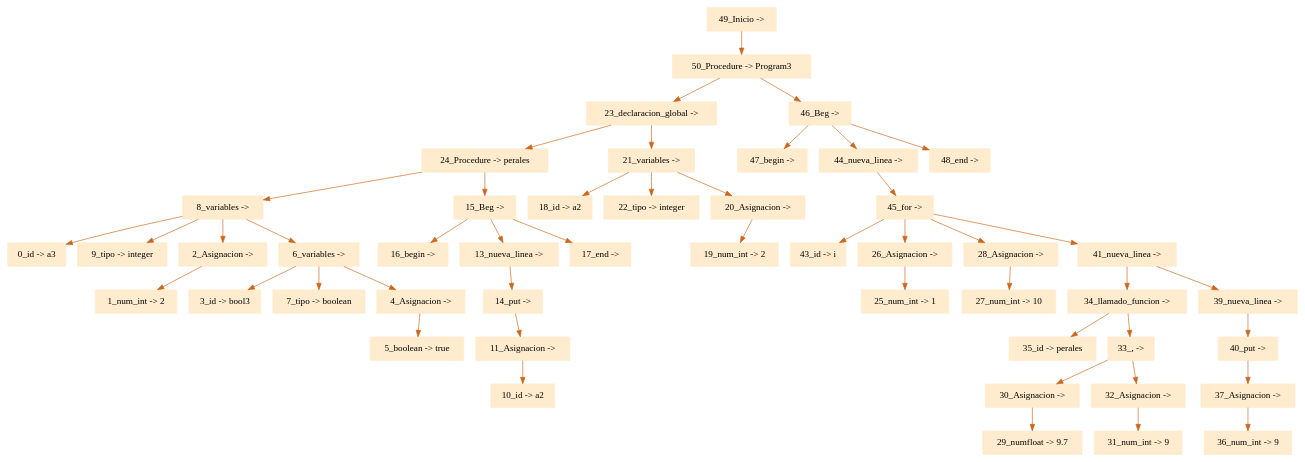
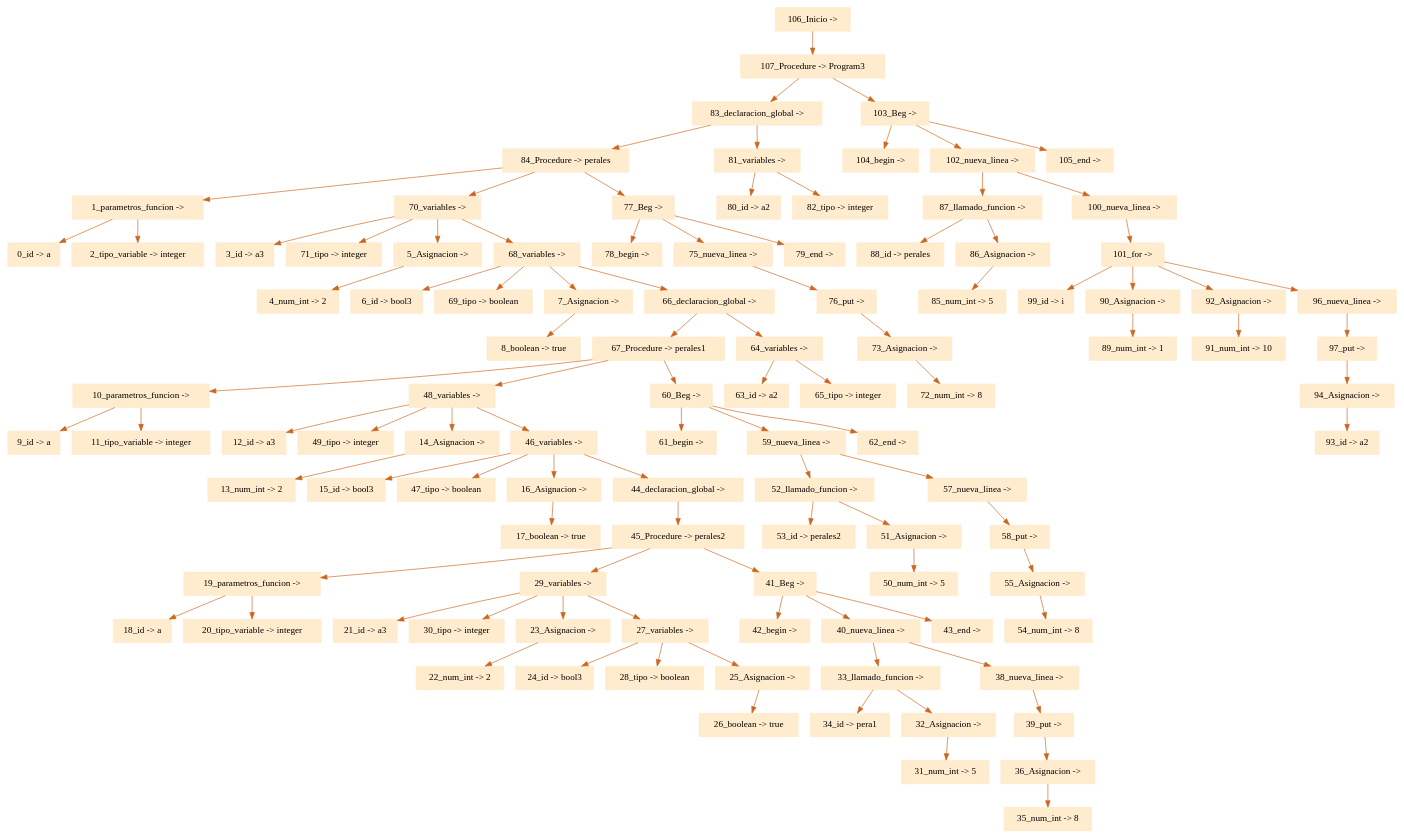
The diagram in ProyectoCompiladores/arbol.dot (eliasgz97/Proyecto_Compiladores), drawn with Graphviz before and after one commit. The commit also changed 8 other files, not shown here.

```diff
--- a/ProyectoCompiladores/arbol.dot
+++ b/ProyectoCompiladores/arbol.dot
@@ -1,52 +1,107 @@
 digraph G {node[shape=box, style=filled, color=blanchedalmond]; edge[color=chocolate3];rankdir=UD 
 
-"49_Inicio -> "->"50_Procedure -> Program3"
-"50_Procedure -> Program3"->"23_declaracion_global -> "
-"23_declaracion_global -> "->"24_Procedure -> perales"
-"24_Procedure -> perales"->"8_variables -> "
-"8_variables -> "->"0_id -> a3"
-"8_variables -> "->"9_tipo -> integer"
-"8_variables -> "->"2_Asignacion -> "
-"2_Asignacion -> "->"1_num_int -> 2"
-"8_variables -> "->"6_variables -> "
-"6_variables -> "->"3_id -> bool3"
-"6_variables -> "->"7_tipo -> boolean"
-"6_variables -> "->"4_Asignacion -> "
-"4_Asignacion -> "->"5_boolean -> true"
-"24_Procedure -> perales"->"15_Beg -> "
-"15_Beg -> "->"16_begin -> "
-"15_Beg -> "->"13_nueva_linea -> "
-"13_nueva_linea -> "->"14_put -> "
-"14_put -> "->"11_Asignacion -> "
-"11_Asignacion -> "->"10_id -> a2"
-"15_Beg -> "->"17_end -> "
-"23_declaracion_global -> "->"21_variables -> "
-"21_variables -> "->"18_id -> a2"
-"21_variables -> "->"22_tipo -> integer"
-"21_variables -> "->"20_Asignacion -> "
-"20_Asignacion -> "->"19_num_int -> 2"
-"50_Procedure -> Program3"->"46_Beg -> "
-"46_Beg -> "->"47_begin -> "
-"46_Beg -> "->"44_nueva_linea -> "
-"44_nueva_linea -> "->"45_for -> "
-"45_for -> "->"43_id -> i"
-"45_for -> "->"26_Asignacion -> "
-"26_Asignacion -> "->"25_num_int -> 1"
-"45_for -> "->"28_Asignacion -> "
-"28_Asignacion -> "->"27_num_int -> 10"
-"45_for -> "->"41_nueva_linea -> "
-"41_nueva_linea -> "->"34_llamado_funcion -> "
-"34_llamado_funcion -> "->"35_id -> perales"
-"34_llamado_funcion -> "->"33_, -> "
-"33_, -> "->"30_Asignacion -> "
-"30_Asignacion -> "->"29_numfloat -> 9.7"
-"33_, -> "->"32_Asignacion -> "
-"32_Asignacion -> "->"31_num_int -> 9"
-"41_nueva_linea -> "->"39_nueva_linea -> "
-"39_nueva_linea -> "->"40_put -> "
-"40_put -> "->"37_Asignacion -> "
-"37_Asignacion -> "->"36_num_int -> 9"
-"46_Beg -> "->"48_end -> "
+"106_Inicio -> "->"107_Procedure -> Program3"
+"107_Procedure -> Program3"->"83_declaracion_global -> "
+"83_declaracion_global -> "->"84_Procedure -> perales"
+"84_Procedure -> perales"->"1_parametros_funcion -> "
+"1_parametros_funcion -> "->"0_id -> a"
+"1_parametros_funcion -> "->"2_tipo_variable -> integer"
+"84_Procedure -> perales"->"70_variables -> "
+"70_variables -> "->"3_id -> a3"
+"70_variables -> "->"71_tipo -> integer"
+"70_variables -> "->"5_Asignacion -> "
+"5_Asignacion -> "->"4_num_int -> 2"
+"70_variables -> "->"68_variables -> "
+"68_variables -> "->"6_id -> bool3"
+"68_variables -> "->"69_tipo -> boolean"
+"68_variables -> "->"7_Asignacion -> "
+"7_Asignacion -> "->"8_boolean -> true"
+"68_variables -> "->"66_declaracion_global -> "
+"66_declaracion_global -> "->"67_Procedure -> perales1"
+"67_Procedure -> perales1"->"10_parametros_funcion -> "
+"10_parametros_funcion -> "->"9_id -> a"
+"10_parametros_funcion -> "->"11_tipo_variable -> integer"
+"67_Procedure -> perales1"->"48_variables -> "
+"48_variables -> "->"12_id -> a3"
+"48_variables -> "->"49_tipo -> integer"
+"48_variables -> "->"14_Asignacion -> "
+"14_Asignacion -> "->"13_num_int -> 2"
+"48_variables -> "->"46_variables -> "
+"46_variables -> "->"15_id -> bool3"
+"46_variables -> "->"47_tipo -> boolean"
+"46_variables -> "->"16_Asignacion -> "
+"16_Asignacion -> "->"17_boolean -> true"
+"46_variables -> "->"44_declaracion_global -> "
+"44_declaracion_global -> "->"45_Procedure -> perales2"
+"45_Procedure -> perales2"->"19_parametros_funcion -> "
+"19_parametros_funcion -> "->"18_id -> a"
+"19_parametros_funcion -> "->"20_tipo_variable -> integer"
+"45_Procedure -> perales2"->"29_variables -> "
+"29_variables -> "->"21_id -> a3"
+"29_variables -> "->"30_tipo -> integer"
+"29_variables -> "->"23_Asignacion -> "
+"23_Asignacion -> "->"22_num_int -> 2"
+"29_variables -> "->"27_variables -> "
+"27_variables -> "->"24_id -> bool3"
+"27_variables -> "->"28_tipo -> boolean"
+"27_variables -> "->"25_Asignacion -> "
+"25_Asignacion -> "->"26_boolean -> true"
+"45_Procedure -> perales2"->"41_Beg -> "
+"41_Beg -> "->"42_begin -> "
+"41_Beg -> "->"40_nueva_linea -> "
+"40_nueva_linea -> "->"33_llamado_funcion -> "
+"33_llamado_funcion -> "->"34_id -> pera1"
+"33_llamado_funcion -> "->"32_Asignacion -> "
+"32_Asignacion -> "->"31_num_int -> 5"
+"40_nueva_linea -> "->"38_nueva_linea -> "
+"38_nueva_linea -> "->"39_put -> "
+"39_put -> "->"36_Asignacion -> "
+"36_Asignacion -> "->"35_num_int -> 8"
+"41_Beg -> "->"43_end -> "
+"67_Procedure -> perales1"->"60_Beg -> "
+"60_Beg -> "->"61_begin -> "
+"60_Beg -> "->"59_nueva_linea -> "
+"59_nueva_linea -> "->"52_llamado_funcion -> "
+"52_llamado_funcion -> "->"53_id -> perales2"
+"52_llamado_funcion -> "->"51_Asignacion -> "
+"51_Asignacion -> "->"50_num_int -> 5"
+"59_nueva_linea -> "->"57_nueva_linea -> "
+"57_nueva_linea -> "->"58_put -> "
+"58_put -> "->"55_Asignacion -> "
+"55_Asignacion -> "->"54_num_int -> 8"
+"60_Beg -> "->"62_end -> "
+"66_declaracion_global -> "->"64_variables -> "
+"64_variables -> "->"63_id -> a2"
+"64_variables -> "->"65_tipo -> integer"
+"84_Procedure -> perales"->"77_Beg -> "
+"77_Beg -> "->"78_begin -> "
+"77_Beg -> "->"75_nueva_linea -> "
+"75_nueva_linea -> "->"76_put -> "
+"76_put -> "->"73_Asignacion -> "
+"73_Asignacion -> "->"72_num_int -> 8"
+"77_Beg -> "->"79_end -> "
+"83_declaracion_global -> "->"81_variables -> "
+"81_variables -> "->"80_id -> a2"
+"81_variables -> "->"82_tipo -> integer"
+"107_Procedure -> Program3"->"103_Beg -> "
+"103_Beg -> "->"104_begin -> "
+"103_Beg -> "->"102_nueva_linea -> "
+"102_nueva_linea -> "->"87_llamado_funcion -> "
+"87_llamado_funcion -> "->"88_id -> perales"
+"87_llamado_funcion -> "->"86_Asignacion -> "
+"86_Asignacion -> "->"85_num_int -> 5"
+"102_nueva_linea -> "->"100_nueva_linea -> "
+"100_nueva_linea -> "->"101_for -> "
+"101_for -> "->"99_id -> i"
+"101_for -> "->"90_Asignacion -> "
+"90_Asignacion -> "->"89_num_int -> 1"
+"101_for -> "->"92_Asignacion -> "
+"92_Asignacion -> "->"91_num_int -> 10"
+"101_for -> "->"96_nueva_linea -> "
+"96_nueva_linea -> "->"97_put -> "
+"97_put -> "->"94_Asignacion -> "
+"94_Asignacion -> "->"93_id -> a2"
+"103_Beg -> "->"105_end -> "
 
 
 }
```
